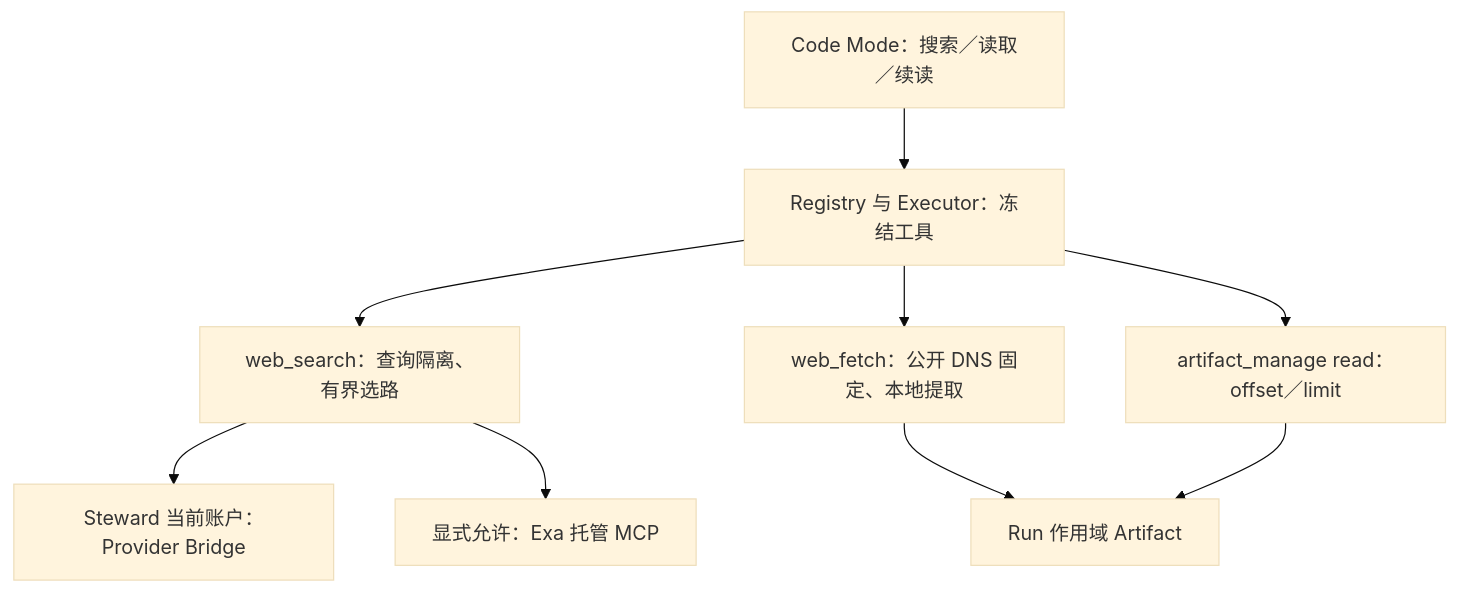
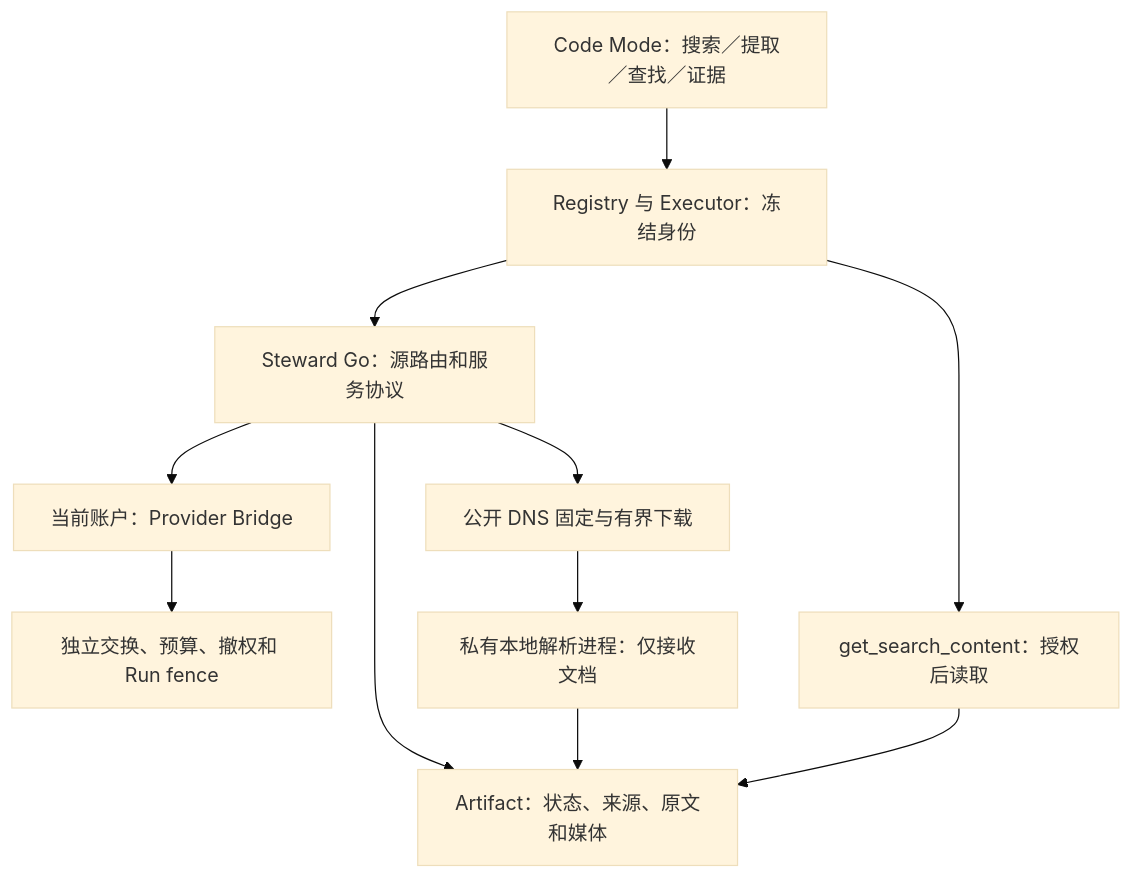
The second of 3 diagrams in docs/designs/integrations.md (z-chenhao/assistant), drawn with Mermaid (base theme) before and after one commit. The commit also changed other lines of this file and 45 other files, not shown here.

First line of the commit message:
feat(web-access): expand Steward-owned search and evidence (#156)

````diff
--- a/docs/designs/integrations.md
+++ b/docs/designs/integrations.md
@@ -209,11 +209,13 @@
 ```mermaid
 flowchart TD
-    C["Code Mode：搜索／读取／续读"] --> E["Registry 与 Executor：冻结工具"]
-    E --> S["web_search：查询隔离、有界选路"]
-    S --> N["Steward 当前账户：Provider Bridge"]
-    S --> X["显式允许：Exa 托管 MCP"]
-    E --> F["web_fetch：公开 DNS 固定、本地提取"]
-    F --> A["Run 作用域 Artifact"]
-    E --> R["artifact_manage read：offset／limit"]
+    C["Code Mode：搜索／提取／查找／证据"] --> E["Registry 与 Executor：冻结身份"]
+    E --> W["Steward Go：源路由和服务协议"]
+    W --> M["当前账户：Provider Bridge"]
+    M --> B["独立交换、预算、撤权和 Run fence"]
+    W --> P["公开 DNS 固定与有界下载"]
+    P --> X["私有本地解析进程：仅接收文档"]
+    W --> A["Artifact：状态、来源、原文和媒体"]
+    X --> A
+    E --> R["get_search_content：授权后读取"]
     R --> A
 ```
````
